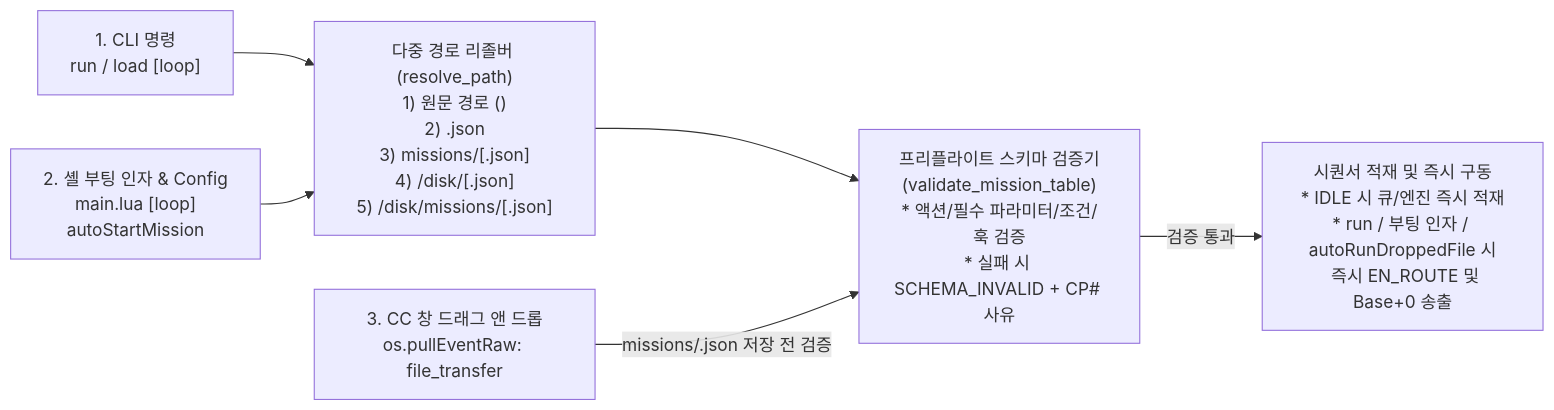
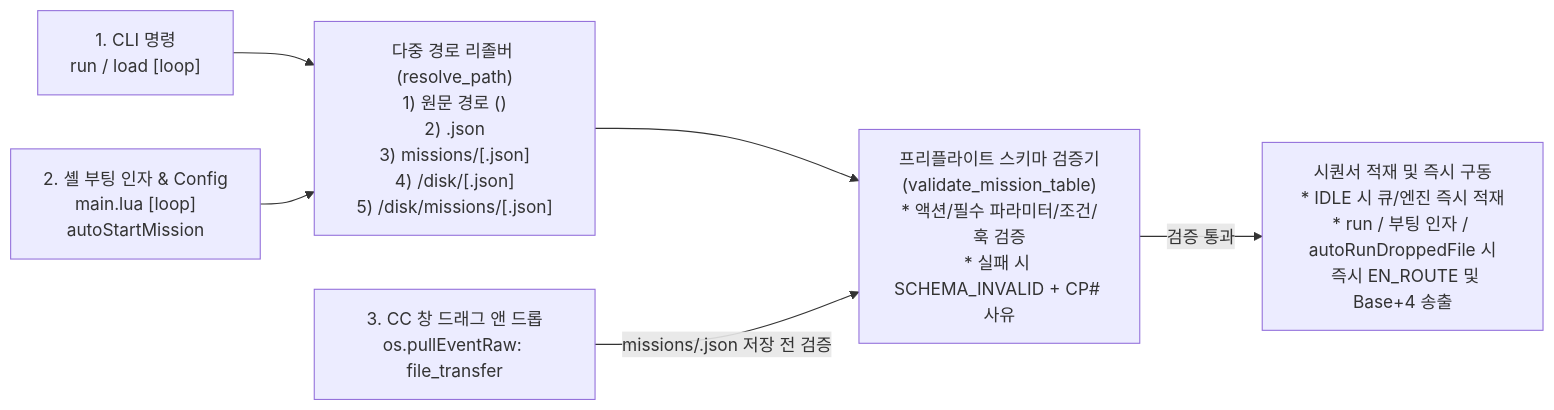
One commit to Polimachi/Aeroneutics_Autopilot changed the fourth of 4 diagrams in docs/specs/3_planning/amm/AMM_PROGRAM_SPECIFICATION.md. Above: the diagram before and after it, drawn with Mermaid. The commit also changed other lines of this file and 18 other files, not shown here.

````diff
--- a/docs/specs/3_planning/amm/AMM_PROGRAM_SPECIFICATION.md
+++ b/docs/specs/3_planning/amm/AMM_PROGRAM_SPECIFICATION.md
@@ -588,18 +763,18 @@
 ```mermaid
 flowchart LR
     IN1["1. CLI 명령<br/>run / load <spec> [loop]"]
     IN2["2. 셸 부팅 인자 & Config<br/>main.lua <spec> [loop]<br/>autoStartMission"]
     IN3["3. CC 창 드래그 앤 드롭<br/>os.pullEventRaw: file_transfer"]
 
     RESOLVE["다중 경로 리졸버 (resolve_path)<br/>1) 원문 경로 (<spec>)<br/>2) <spec>.json<br/>3) missions/<spec>[.json]<br/>4) /disk/<spec>[.json]<br/>5) /disk/missions/<spec>[.json]"]
 
     VALID["프리플라이트 스키마 검증기<br/>(validate_mission_table)<br/>* 액션/필수 파라미터/조건/훅 검증<br/>* 실패 시 SCHEMA_INVALID + CP# 사유"]
 
-    EXEC["시퀀서 적재 및 즉시 구동<br/>* IDLE 시 큐/엔진 즉시 적재<br/>* run / 부팅 인자 / autoRunDroppedFile 시<br/>  즉시 EN_ROUTE 및 Base+0 송출"]
+    EXEC["시퀀서 적재 및 즉시 구동<br/>* IDLE 시 큐/엔진 즉시 적재<br/>* run / 부팅 인자 / autoRunDroppedFile 시<br/>  즉시 EN_ROUTE 및 Base+4 송출"]
 
     IN1 --> RESOLVE
     IN2 --> RESOLVE
     RESOLVE --> VALID
     IN3 -->|"missions/<name>.json 저장 전 검증"| VALID
     VALID -->|"검증 통과"| EXEC
 ```
````
